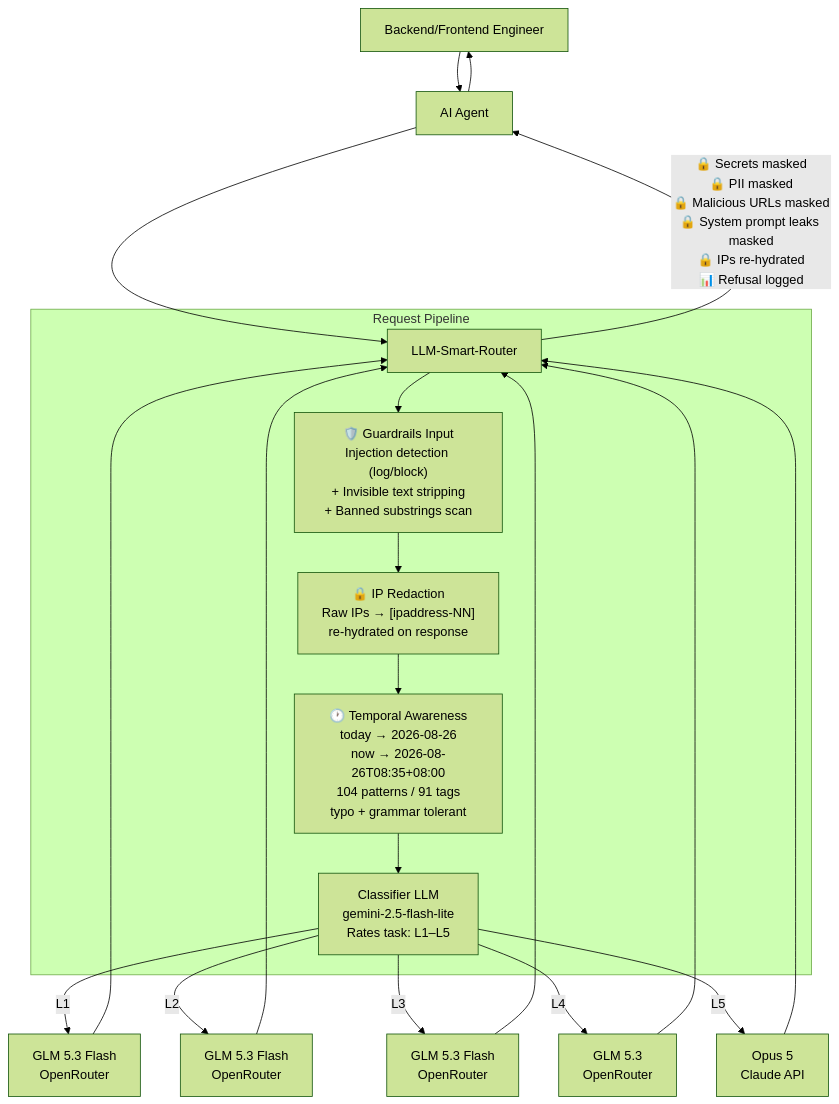
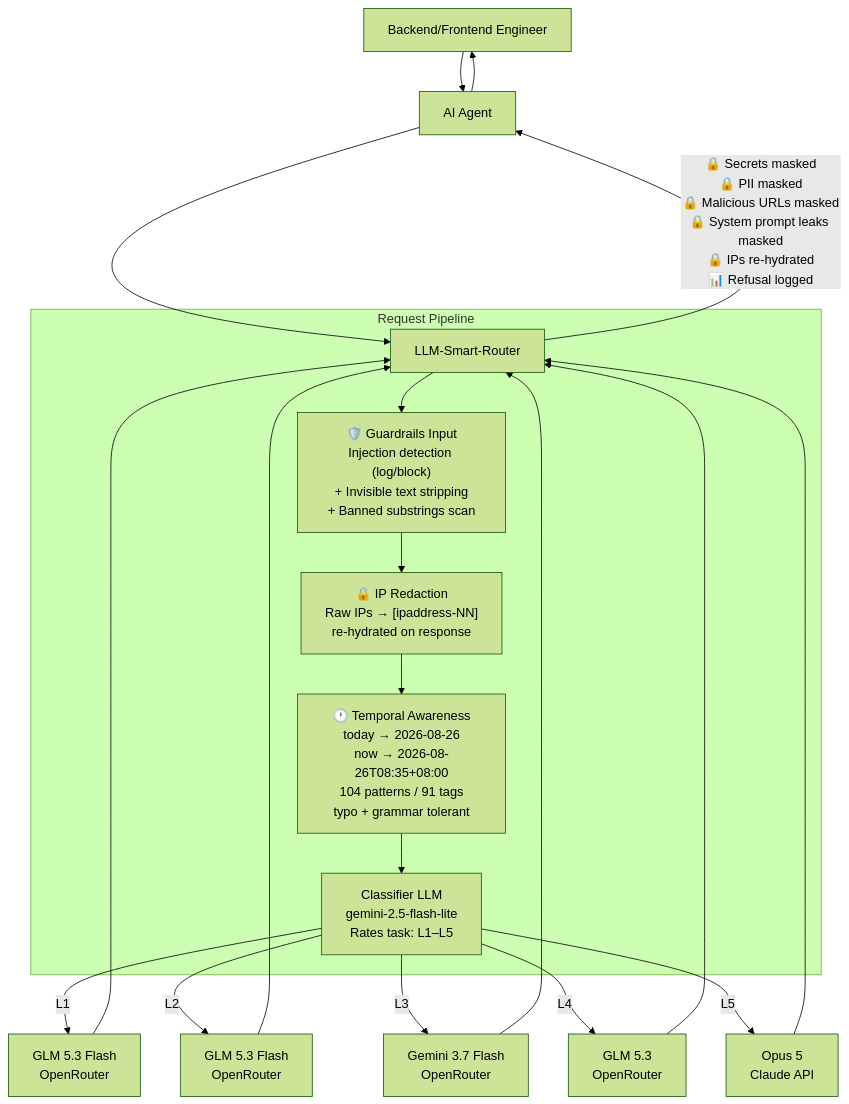
The diagram in README.md (Green-Needle-Tech/llm-smart-router), drawn with Mermaid (forest theme) before and after one commit. The commit also changed other lines of this file and 2 other files, not shown here.

Commit message:
docs: update README and spec for L3 tier switch to gemini-3.7-flash (v2.10.1)

````diff
--- a/README.md
+++ b/README.md
@@ -457,27 +473,27 @@
 ```mermaid
 flowchart TD
     A[Backend/Frontend Engineer] --> B[AI Agent]
     B --> C[LLM-Smart-Router]
 
     subgraph Router [Request Pipeline]
         C --> P1["🛡️ Guardrails Input<br/>Injection detection (log/block)<br/>+ Invisible text stripping<br/>+ Banned substrings scan"]
         P1 --> P2["🔒 IP Redaction<br/>Raw IPs → [ipaddress-NN]<br/>re-hydrated on response"]
         P2 --> P2T["🕐 Temporal Awareness<br/>today → 2026-08-26<br/>now → 2026-08-26T08:35+08:00<br/>104 patterns / 91 tags<br/>typo + grammar tolerant"]
         P2T --> D["Classifier LLM<br/>gemini-2.5-flash-lite<br/>Rates task: L1–L5"]
     end
 
     D -->|L1| E[GLM 5.3 Flash<br/>OpenRouter]
     D -->|L2| F[GLM 5.3 Flash<br/>OpenRouter]
-    D -->|L3| F2[GLM 5.3 Flash<br/>OpenRouter]
+    D -->|L3| F2[Gemini 3.7 Flash<br/>OpenRouter]
     D -->|L4| F3[GLM 5.3<br/>OpenRouter]
     D -->|L5| H[Opus 5<br/>Claude API]
 
     E --> C
     F --> C
     F2 --> C
     F3 --> C
     H --> C
 
     C -->|"🔒 Secrets masked<br/>🔒 PII masked<br/>🔒 Malicious URLs masked<br/>🔒 System prompt leaks masked<br/>🔒 IPs re-hydrated<br/>📊 Refusal logged"| B
     B --> A
 ```
````
